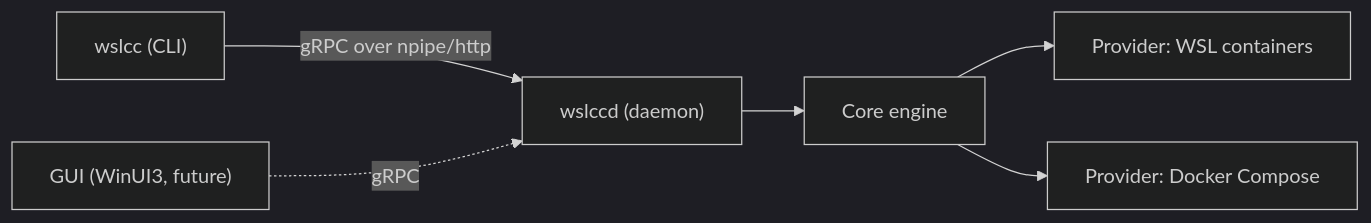
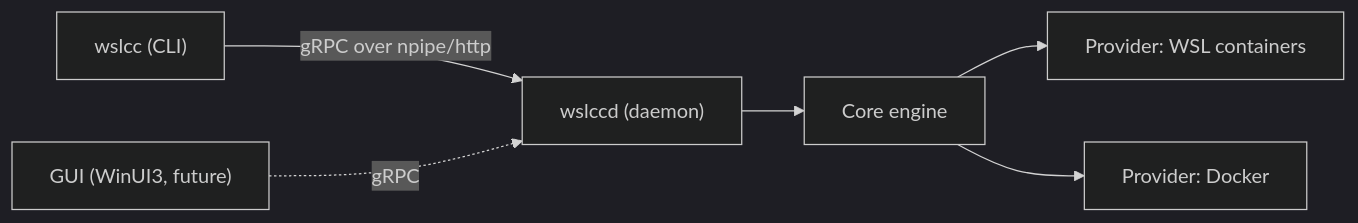
Before and after one commit to arepetti/wslcc: the diagram in README.md, drawn with Mermaid (dark theme). The commit also changed other lines of this file and 29 other files, not shown here.

````diff
--- a/README.md
+++ b/README.md
@@ -13,8 +28,8 @@
 ```mermaid
 graph LR
   cli["wslcc (CLI)"] -->|gRPC over npipe/http| daemon["wslccd (daemon)"]
   gui["GUI (WinUI3, future)"] -.->|gRPC| daemon
   daemon --> core["Core engine"]
   core --> wslc["Provider: WSL containers"]
-  core --> docker["Provider: Docker Compose"]
+  core --> docker["Provider: Docker"]
 ```
````
